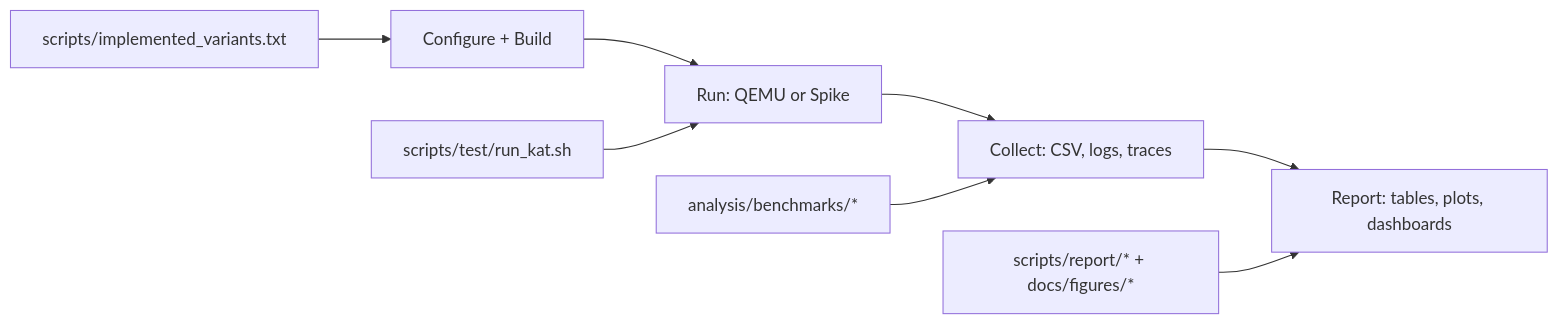
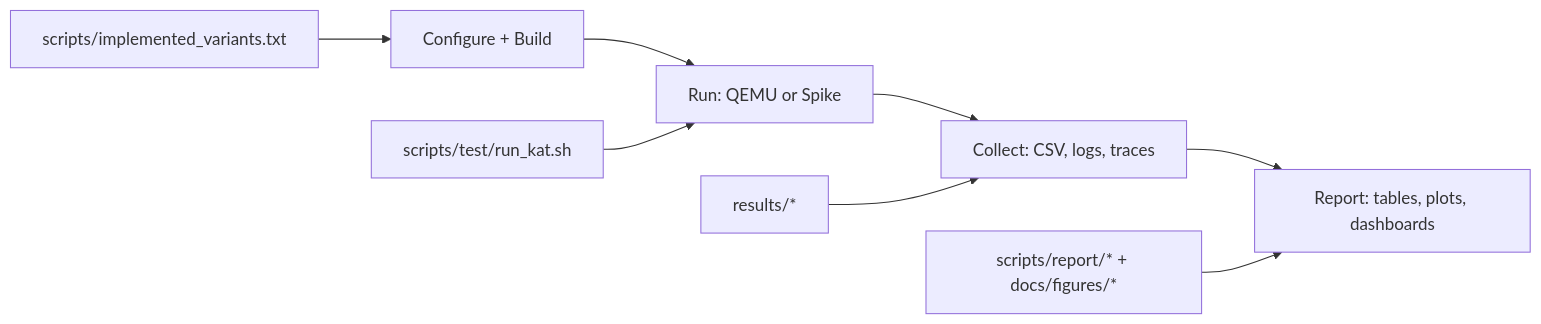
Before and after one commit to fraidakis/hqc-riscv-thesis: the diagram in docs/ARCHITECTURE.md, drawn with Mermaid. The commit also changed other lines of this file and 10 other files, not shown here.

````diff
--- a/docs/ARCHITECTURE.md
+++ b/docs/ARCHITECTURE.md
@@ -25,11 +25,11 @@
 ```mermaid
 flowchart LR
   A[Configure + Build] --> B[Run: QEMU or Spike]
   B --> C[Collect: CSV, logs, traces]
   C --> D[Report: tables, plots, dashboards]
 
   A1[scripts/implemented_variants.txt] --> A
   B1[scripts/test/run_kat.sh] --> B
-  C1[analysis/benchmarks/*] --> C
+  C1[results/*] --> C
   D1[scripts/report/* + docs/figures/*] --> D
 ```
````
